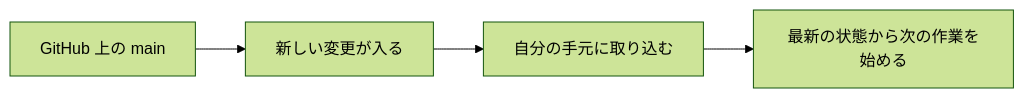
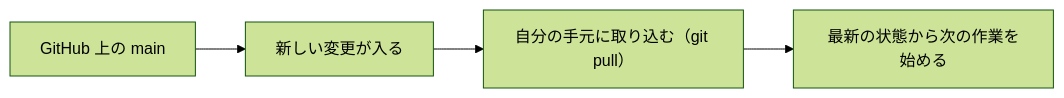
One commit to TORIFUKUKaiou/rails-dojo-year2-content changed the seventh of 9 diagrams in 08/orientation.md. Above: the diagram before and after it, drawn with Mermaid (forest theme). The commit also changed other lines of this file, not shown here.

Commit message:
Refine week 08 Git command guidance

````diff
--- a/08/orientation.md
+++ b/08/orientation.md
@@ -253,6 +254,6 @@
 ```mermaid
 flowchart LR
   A["GitHub 上の main"] --> B["新しい変更が入る"]
-  B --> C["自分の手元に取り込む"]
+  B --> C["自分の手元に取り込む（git pull）"]
   C --> D["最新の状態から次の作業を始める"]
 ```
````
